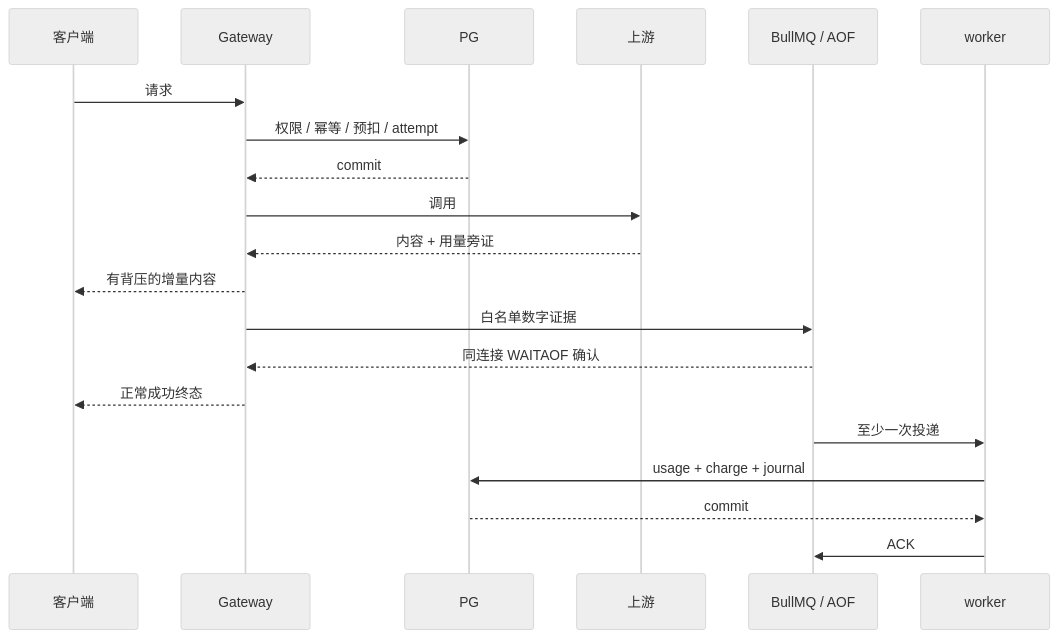
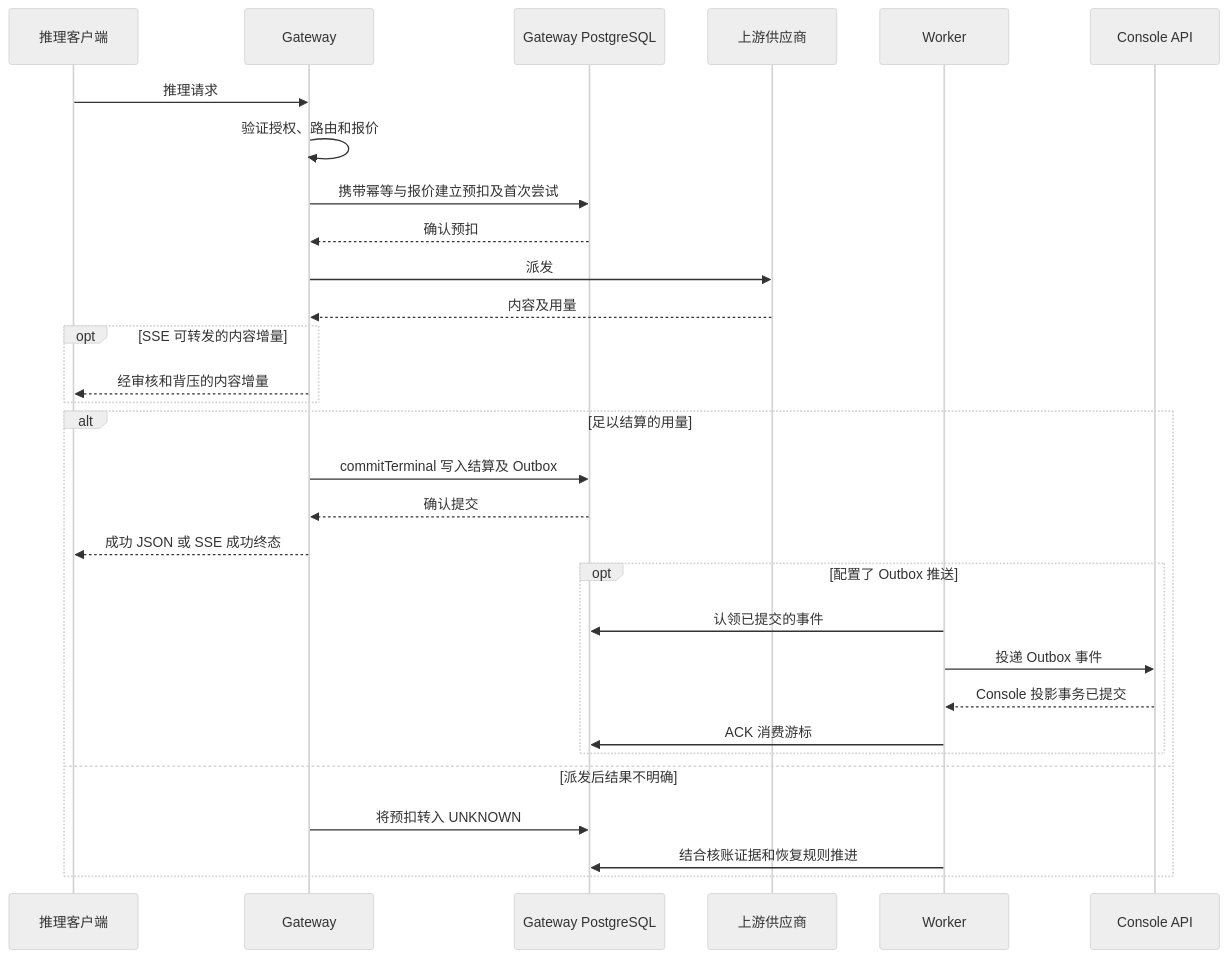
The second of 2 diagrams in diagrams.md (renxqoo/super-token-gateway), drawn with Mermaid (neutral theme) before and after one commit. The commit also changed other lines of this file and 164 other files, not shown here.

````diff
--- a/diagrams.md
+++ b/diagrams.md
@@ -17,22 +26,32 @@
 ```mermaid
 sequenceDiagram
-  participant C as 客户端
+  participant C as 推理客户端
   participant G as Gateway
-  participant P as PG
-  participant U as 上游
-  participant Q as BullMQ / AOF
-  participant W as worker
-  C->>G: 请求
-  G->>P: 权限 / 幂等 / 预扣 / attempt
-  P-->>G: commit
-  G->>U: 调用
-  U-->>G: 内容 + 用量旁证
-  G-->>C: 有背压的增量内容
-  G->>Q: 白名单数字证据
-  Q-->>G: 同连接 WAITAOF 确认
-  G-->>C: 正常成功终态
-  Q->>W: 至少一次投递
-  W->>P: usage + charge + journal
-  P-->>W: commit
-  W->>Q: ACK
+  participant P as Gateway PostgreSQL
+  participant U as 上游供应商
+  participant W as Worker
+  participant B as Console API
+  C->>G: 推理请求
+  G->>G: 验证授权、路由和报价
+  G->>P: 携带幂等与报价建立预扣及首次尝试
+  P-->>G: 确认预扣
+  G->>U: 派发
+  U-->>G: 内容及用量
+  opt SSE 可转发的内容增量
+    G-->>C: 经审核和背压的内容增量
+  end
+  alt 足以结算的用量
+    G->>P: commitTerminal 写入结算及 Outbox
+    P-->>G: 确认提交
+    G-->>C: 成功 JSON 或 SSE 成功终态
+    opt 配置了 Outbox 推送
+      W->>P: 认领已提交的事件
+      W->>B: 投递 Outbox 事件
+      B-->>W: Console 投影事务已提交
+      W->>P: ACK 消费游标
+    end
+  else 派发后结果不明确
+    G->>P: 将预扣转入 UNKNOWN
+    W->>P: 结合核账证据和恢复规则推进
+  end
 ```
````
